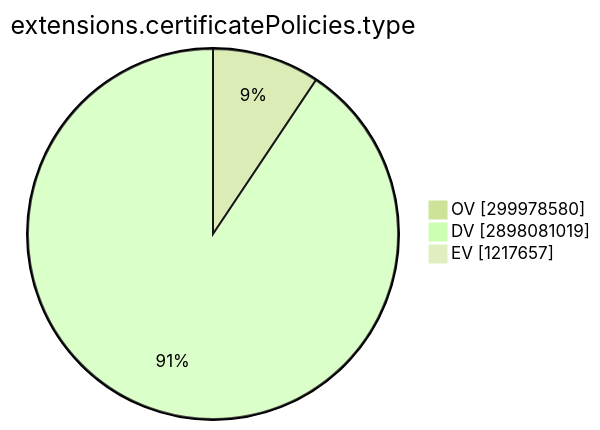
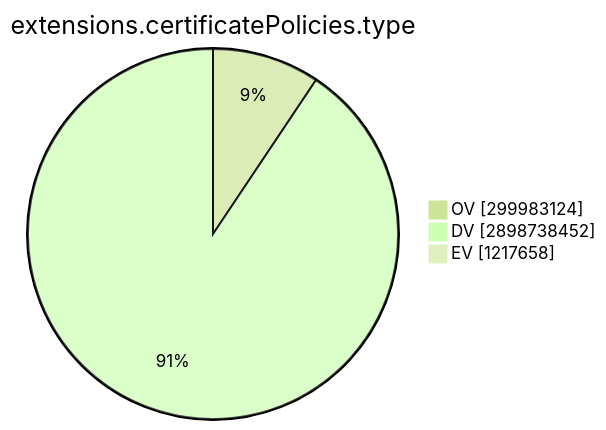
Before and after one commit to christiankrug/ctmonitor_visualization: the ninth of 15 diagrams in TOTAL/README.md, drawn with Mermaid (forest theme). The commit also changed other lines of this file, not shown here.

````diff
--- a/TOTAL/README.md
+++ b/TOTAL/README.md
@@ -3101,7 +3101,7 @@
 ```mermaid
 pie showData
 title extensions.certificatePolicies.type
-"OV" :299978580
-"DV" :2898081019
-"EV" :1217657
+"OV" :299983124
+"DV" :2898738452
+"EV" :1217658
 ```
````
